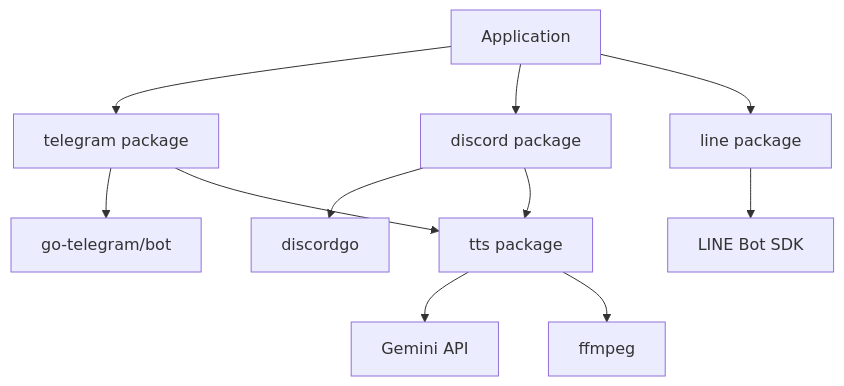
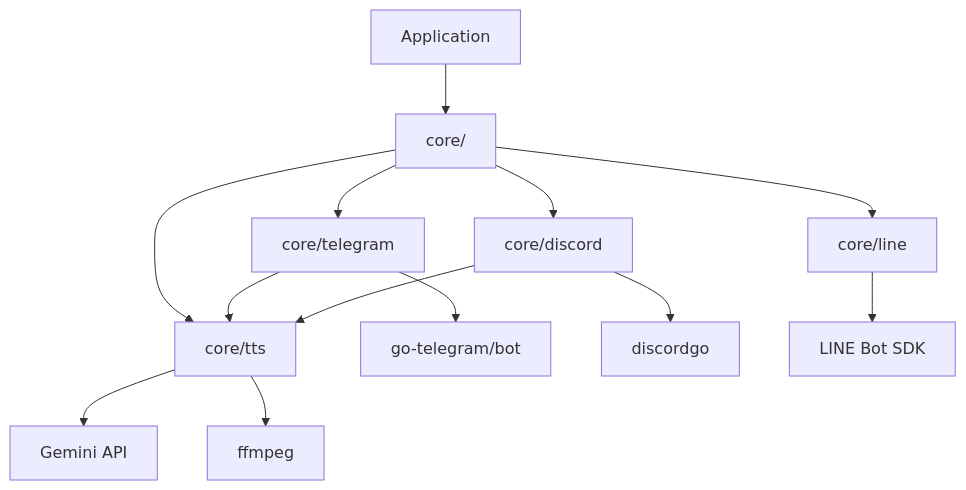
One commit to pardnchiu/go-bot changed the first of 7 diagrams in doc/architecture.md. Above: the diagram before and after it, drawn with Mermaid. The commit also changed other lines of this file and 32 other files, not shown here.

````diff
--- a/doc/architecture.md
+++ b/doc/architecture.md
@@ -7,13 +9,15 @@
 ```mermaid
 graph TB
-    Client[Application] --> Telegram[telegram package]
-    Client --> Discord[discord package]
-    Client --> Line[line package]
+    Client[Application] --> Core[core/]
+    Core --> Telegram[core/telegram]
+    Core --> Discord[core/discord]
+    Core --> Line[core/line]
+    Core --> TTS[core/tts]
     Telegram --> TGSDK[go-telegram/bot]
     Discord --> DGSDK[discordgo]
     Line --> LNSDK[LINE Bot SDK]
-    Telegram --> TTS[tts package]
+    Telegram --> TTS
     Discord --> TTS
     TTS --> Gemini[Gemini API]
     TTS --> FFmpeg[ffmpeg]
 ```
````
